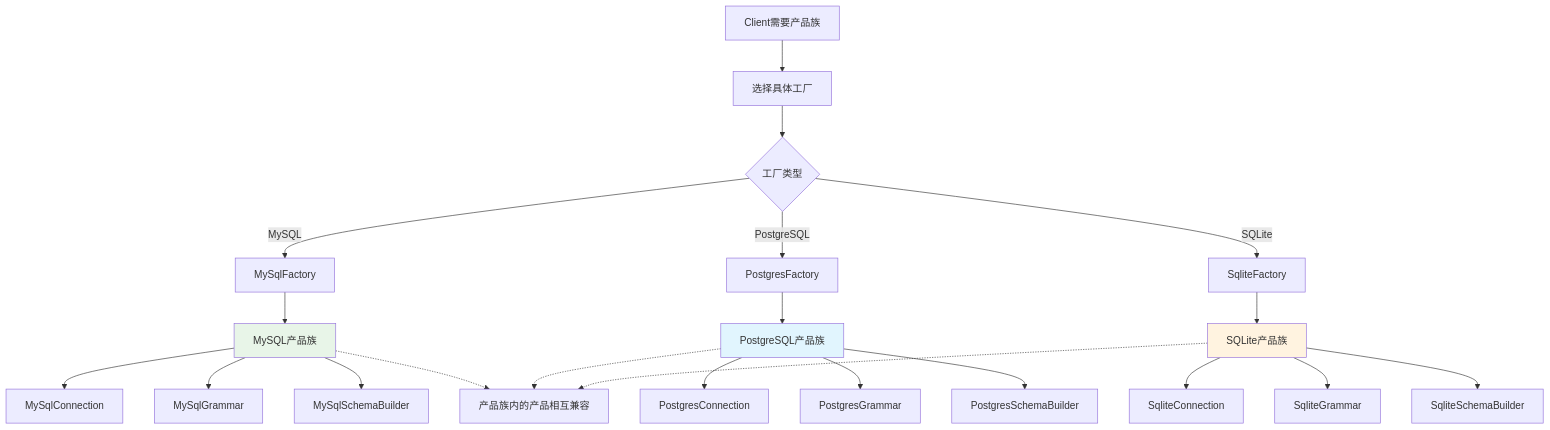
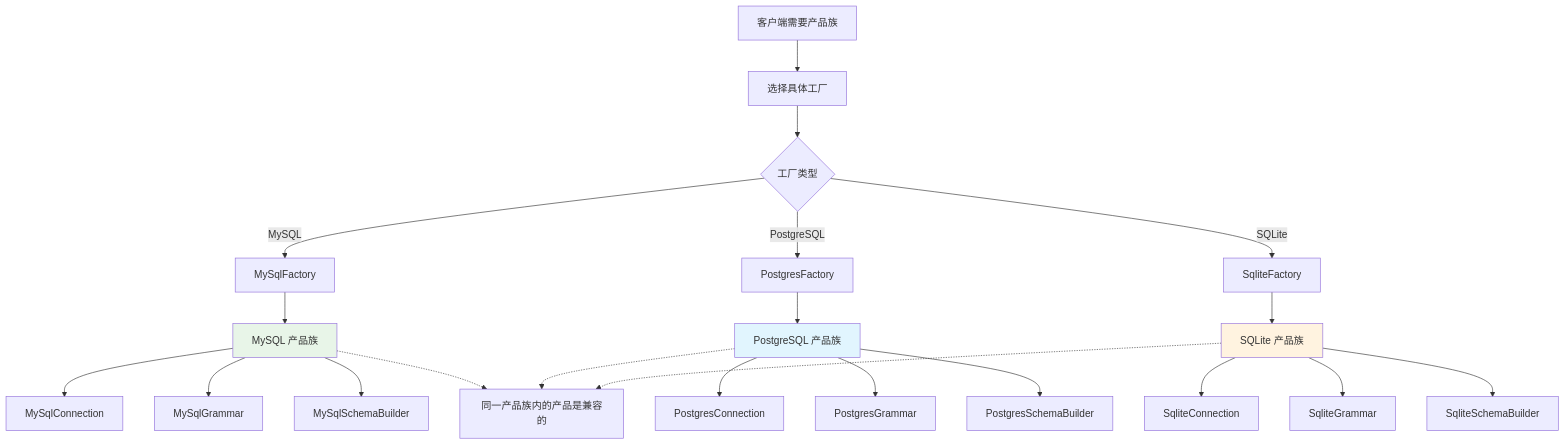
The fourth of 4 diagrams in resources/design-patterns/laravel/creational/abstract_factory_zh.md (fanly/DesignPattern), drawn with Mermaid before and after one commit. The commit also changed other lines of this file and 22 other files, not shown here.

````diff
--- a/resources/design-patterns/laravel/creational/abstract_factory_zh.md
+++ b/resources/design-patterns/laravel/creational/abstract_factory_zh.md
@@ -235,34 +85,34 @@
 ```mermaid
 flowchart TD
-    A[Client需要产品族] --> B[选择具体工厂]
+    A[客户端需要产品族] --> B[选择具体工厂]
     B --> C{工厂类型}
     
     C -->|MySQL| D[MySqlFactory]
     C -->|PostgreSQL| E[PostgresFactory]
     C -->|SQLite| F[SqliteFactory]
     
-    D --> G[MySQL产品族]
-    E --> H[PostgreSQL产品族]
-    F --> I[SQLite产品族]
+    D --> G[MySQL 产品族]
+    E --> H[PostgreSQL 产品族]
+    F --> I[SQLite 产品族]
     
     G --> J[MySqlConnection]
     G --> K[MySqlGrammar]
     G --> L[MySqlSchemaBuilder]
     
     H --> M[PostgresConnection]
     H --> N[PostgresGrammar]
     H --> O[PostgresSchemaBuilder]
     
     I --> P[SqliteConnection]
     I --> Q[SqliteGrammar]
     I --> R[SqliteSchemaBuilder]
     
     style G fill:#e8f5e8
     style H fill:#e1f5fe
     style I fill:#fff3e0
     
-    note1[产品族内的产品相互兼容]
+    note1[同一产品族内的产品是兼容的]
     G -.-> note1
     H -.-> note1
     I -.-> note1
 ```
````
